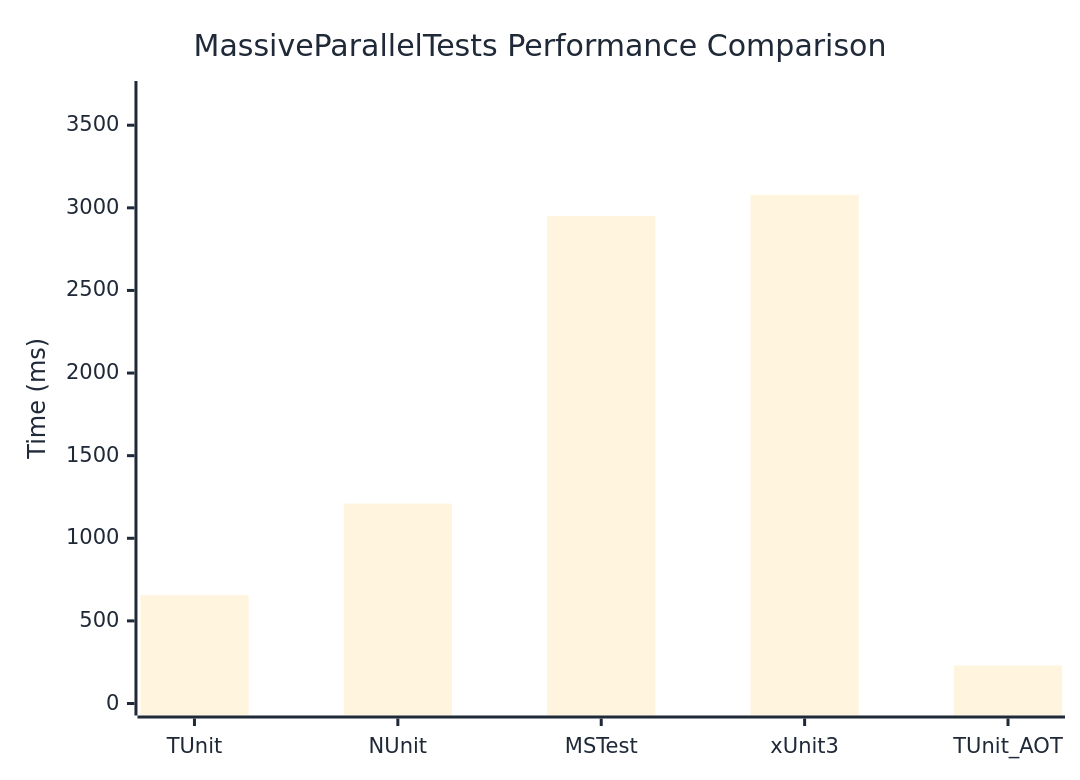
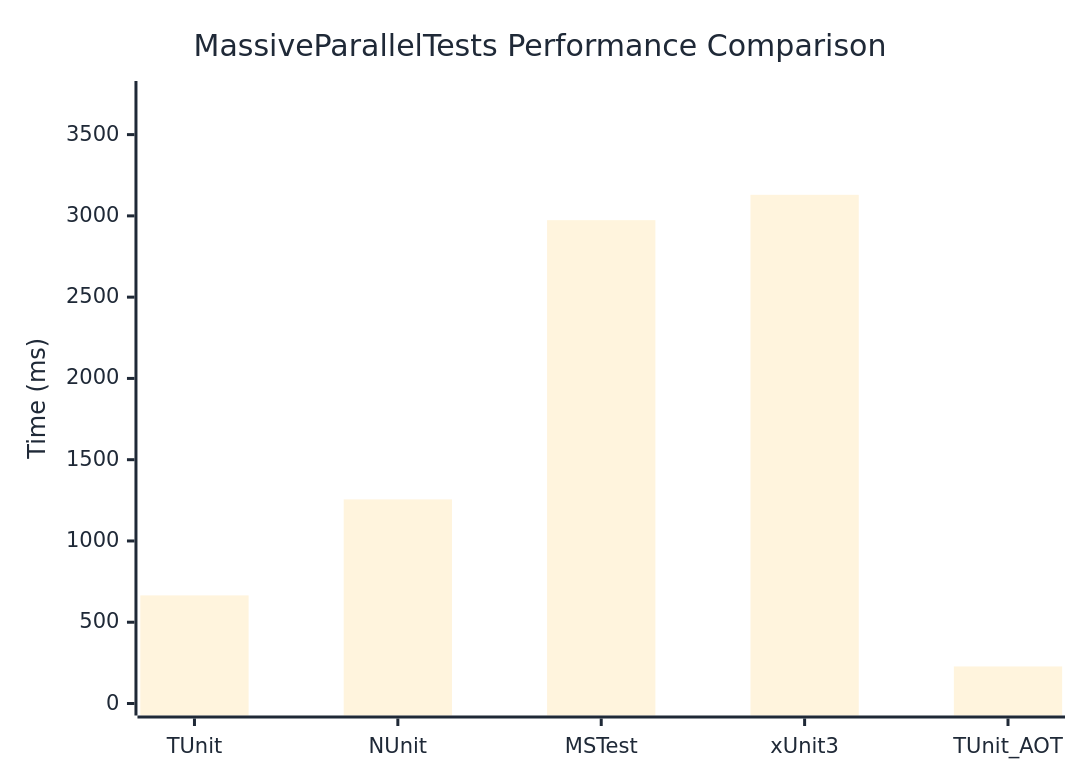
Before and after one commit to thomhurst/TUnit: the diagram in docs/docs/benchmarks/MassiveParallelTests.md, drawn with Mermaid. The commit also changed other lines of this file and 17 other files, not shown here.

````diff
--- a/docs/docs/benchmarks/MassiveParallelTests.md
+++ b/docs/docs/benchmarks/MassiveParallelTests.md
@@ -27,37 +27,37 @@
 ```mermaid
 %%{init: {
   'theme':'base',
   'themeVariables': {
     'primaryColor': '#2563eb',
     'primaryTextColor': '#1f2937',
     'primaryBorderColor': '#1e40af',
     'lineColor': '#6b7280',
     'secondaryColor': '#7c3aed',
     'tertiaryColor': '#dc2626',
     'background': '#ffffff',
     'mainBkg': '#2563eb',
     'secondBkg': '#7c3aed',
     'tertiaryBkg': '#dc2626',
     'clusterBkg': '#f3f4f6',
     'edgeLabelBackground': '#ffffff',
     'tertiaryTextColor': '#1f2937',
     'pie1': '#2563eb',
     'pie2': '#7c3aed',
     'pie3': '#dc2626',
     'pie4': '#f59e0b',
     'pie5': '#10b981',
     'pie6': '#06b6d4',
     'pie7': '#ec4899',
     'pie8': '#6366f1',
     'pie9': '#84cc16',
     'pie10': '#f97316',
     'pie11': '#14b8a6',
     'pie12': '#a855f7'
   }
 }}%%
 xychart-beta
   title "MassiveParallelTests Performance Comparison"
   x-axis ["TUnit", "NUnit", "MSTest", "xUnit3", "TUnit_AOT"]
-  y-axis "Time (ms)" 0 --> 3695
-  bar [655.8, 1209.7, 2949.8, 3078.4, 229.8]
+  y-axis "Time (ms)" 0 --> 3756
+  bar [665.1, 1255.8, 2973.6, 3129.5, 228]
 ```
````
